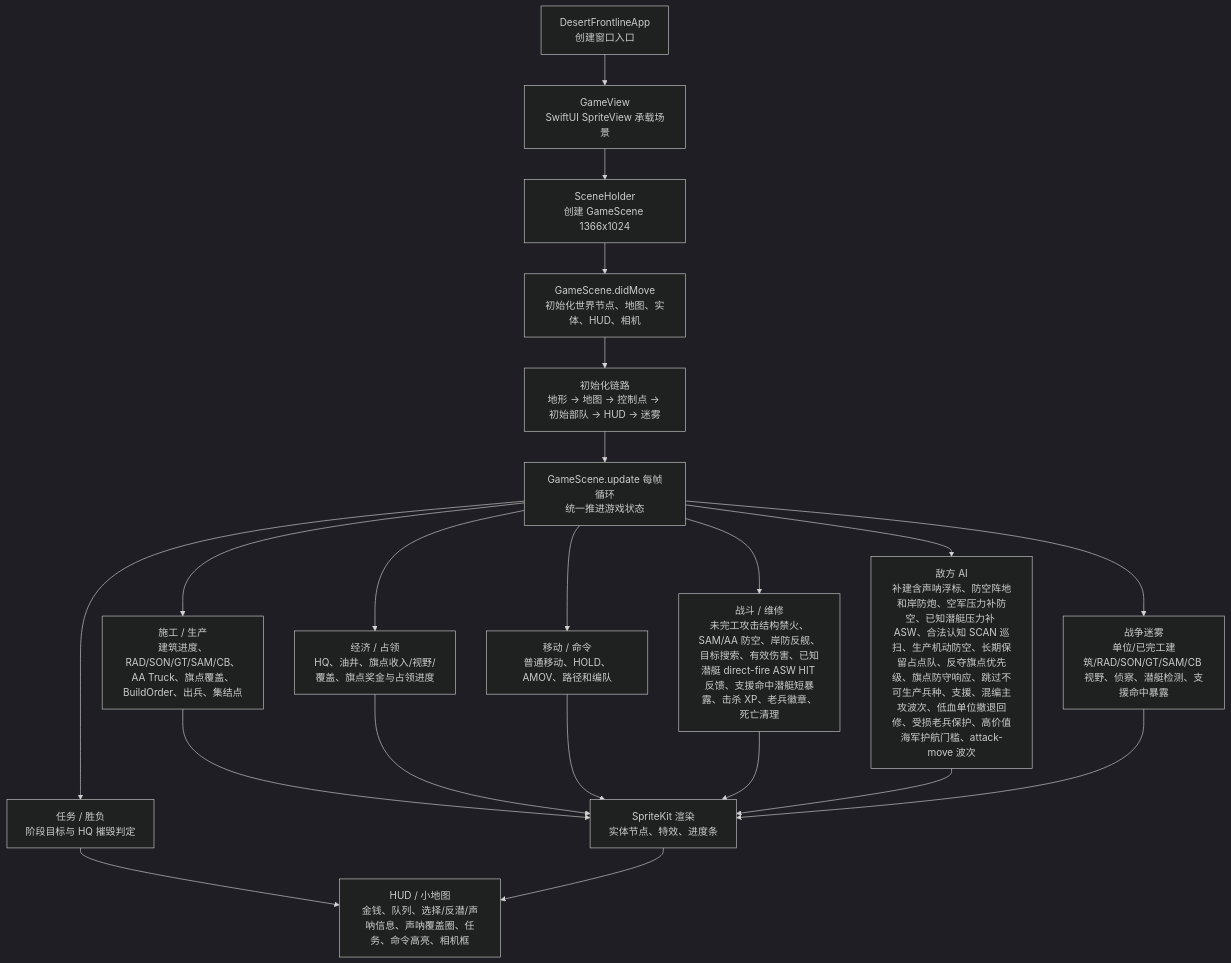
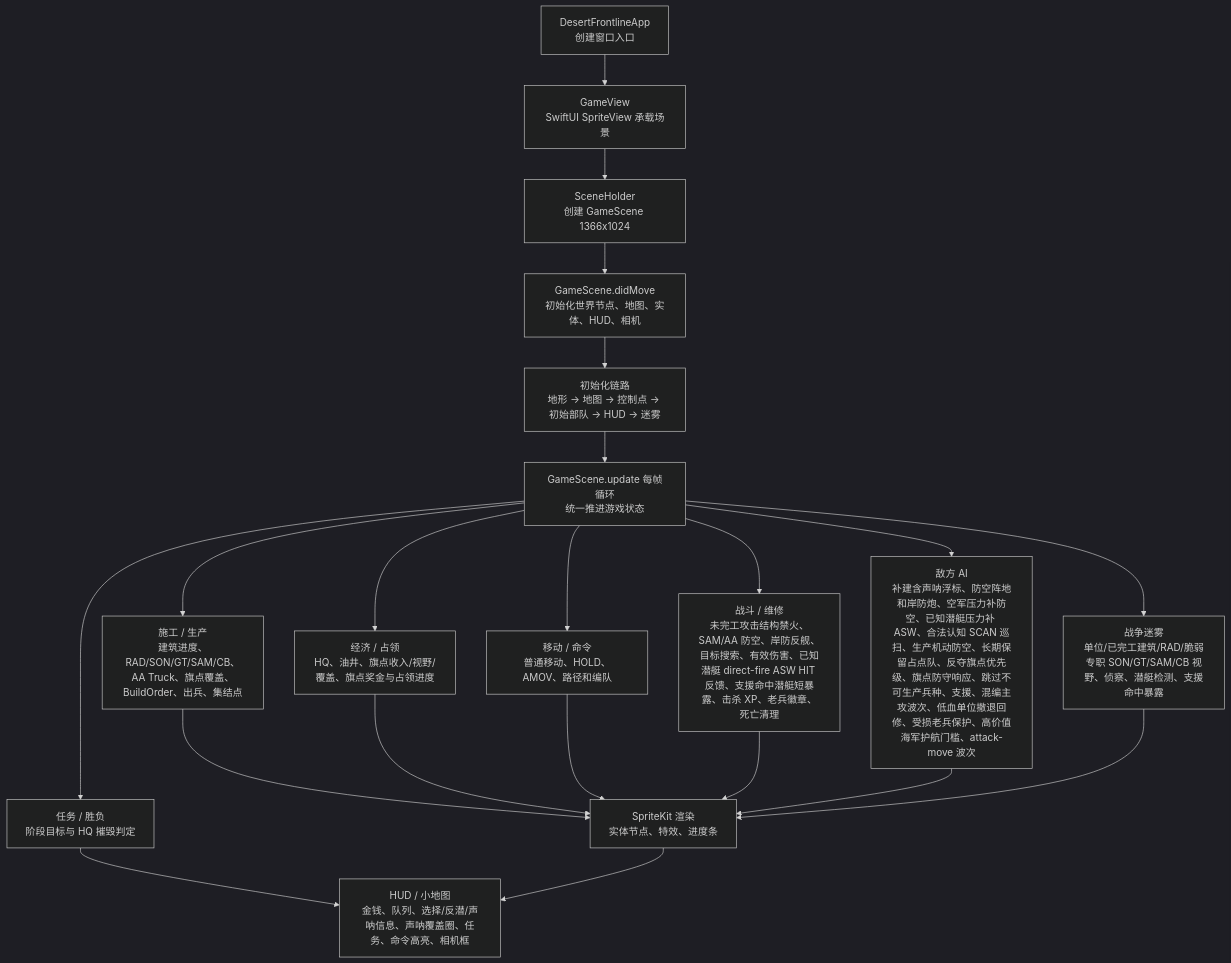
Before and after one commit to Altman-sam114/1145: the first of 3 diagrams in md/flow/flowchart.md, drawn with Mermaid (dark theme). The commit also changed 4 other files, not shown here.

````diff
--- a/md/flow/flowchart.md
+++ b/md/flow/flowchart.md
@@ -9,23 +9,23 @@
 ```mermaid
 flowchart TD
   App["DesertFrontlineApp\n创建窗口入口"] --> View["GameView\nSwiftUI SpriteView 承载场景"]
   View --> Holder["SceneHolder\n创建 GameScene 1366x1024"]
   Holder --> Scene["GameScene.didMove\n初始化世界节点、地图、实体、HUD、相机"]
   Scene --> Init["初始化链路\n地形 -> 地图 -> 控制点 -> 初始部队 -> HUD -> 迷雾"]
   Init --> Loop["GameScene.update 每帧循环\n统一推进游戏状态"]
   Loop --> Build["施工 / 生产\n建筑进度、RAD/SON/GT/SAM/CB、AA Truck、旗点覆盖、BuildOrder、出兵、集结点"]
   Loop --> Economy["经济 / 占领\nHQ、油井、旗点收入/视野/覆盖、旗点奖金与占领进度"]
   Loop --> Commands["移动 / 命令\n普通移动、HOLD、AMOV、路径和编队"]
   Loop --> Combat["战斗 / 维修\n未完工攻击结构禁火、SAM/AA 防空、岸防反舰、目标搜索、有效伤害、已知潜艇 direct-fire ASW HIT 反馈、支援命中潜艇短暴露、击杀 XP、老兵徽章、死亡清理"]
   Loop --> AI["敌方 AI\n补建含声呐浮标、防空阵地和岸防炮、空军压力补防空、已知潜艇压力补 ASW、合法认知 SCAN 巡扫、生产机动防空、长期保留占点队、反夺旗点优先级、旗点防守响应、跳过不可生产兵种、支援、混编主攻波次、低血单位撤退回修、受损老兵保护、高价值海军护航门槛、attack-move 波次"]
-  Loop --> Fog["战争迷雾\n单位/已完工建筑/RAD/SON/GT/SAM/CB 视野、侦察、潜艇检测、支援命中暴露"]
+  Loop --> Fog["战争迷雾\n单位/已完工建筑/RAD/脆弱专职 SON/GT/SAM/CB 视野、侦察、潜艇检测、支援命中暴露"]
   Loop --> Mission["任务 / 胜负\n阶段目标与 HQ 摧毁判定"]
   Build --> Render["SpriteKit 渲染\n实体节点、特效、进度条"]
   Economy --> Render
   Commands --> Render
   Combat --> Render
   AI --> Render
   Fog --> Render
   Mission --> HUD["HUD / 小地图\n金钱、队列、选择/反潜/声呐信息、声呐覆盖圈、任务、命令高亮、相机框"]
   Render --> HUD
 ```
````
